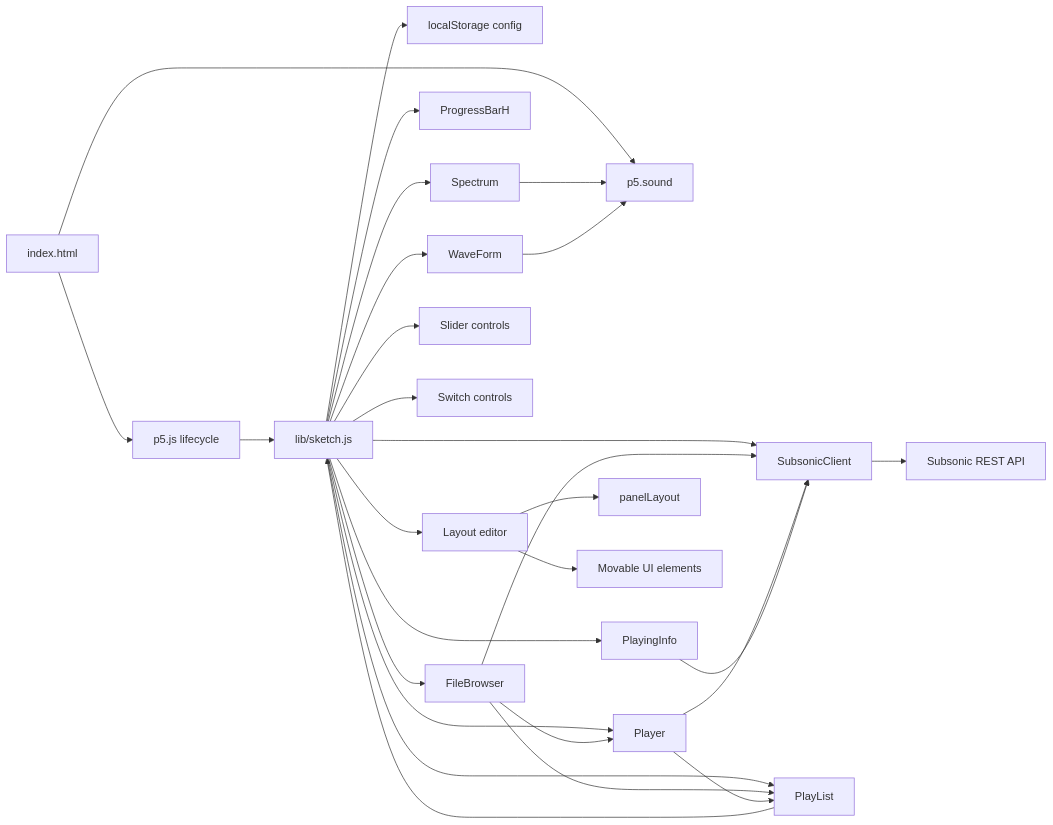
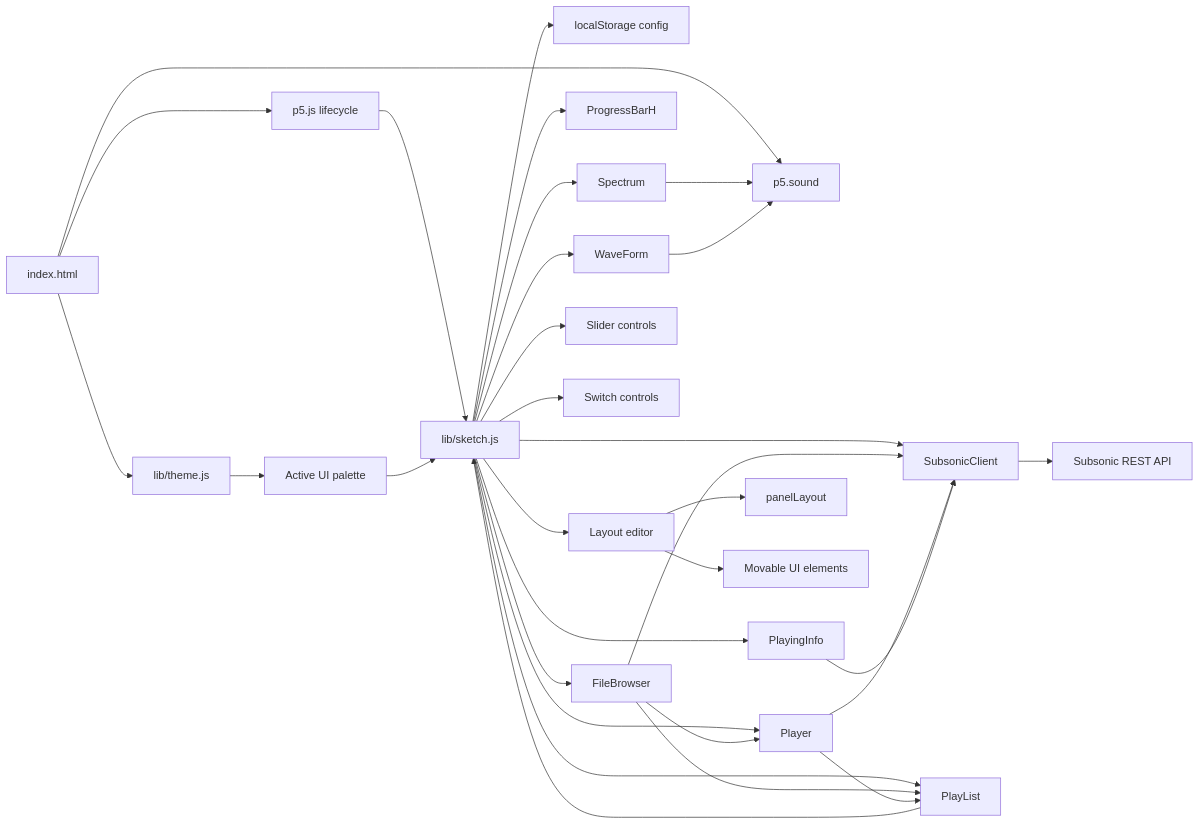
The first of 11 diagrams in doc/diagrams.md (Leorivasc/neon_deck), drawn with Mermaid before and after one commit. The commit also changed other lines of this file and 15 other files, not shown here.

````diff
--- a/doc/diagrams.md
+++ b/doc/diagrams.md
@@ -7,32 +7,35 @@
 ```mermaid
 flowchart LR
     HTML[index.html] --> P5[p5.js lifecycle]
     HTML --> Sound[p5.sound]
+    HTML --> Theme[lib/theme.js]
     P5 --> Sketch[lib/sketch.js]
 
+    Theme --> UI[Active UI palette]
+    UI --> Sketch
     Sketch --> Config[localStorage config]
     Sketch --> Client[SubsonicClient]
     Sketch --> Browser[FileBrowser]
     Sketch --> Queue[PlayList]
     Sketch --> Info[PlayingInfo]
     Sketch --> Progress[ProgressBarH]
     Sketch --> Spectrum[Spectrum]
     Sketch --> Waveform[WaveForm]
     Sketch --> Sliders[Slider controls]
     Sketch --> Switches[Switch controls]
     Sketch --> Layout[Layout editor]
     Sketch --> Player[Player]
 
     Client --> Server[Subsonic REST API]
     Browser --> Client
     Browser --> Queue
     Browser --> Player
     Player --> Queue
     Player --> Client
     Queue --> Sketch
     Info --> Client
     Spectrum --> Sound
     Waveform --> Sound
     Layout --> Panels[panelLayout]
     Layout --> Movables[Movable UI elements]
 ```
````
